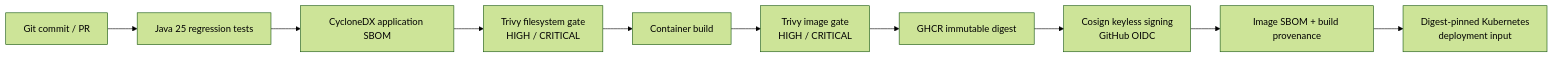
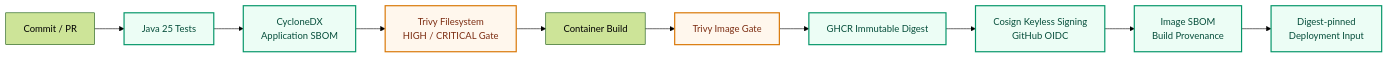
Before and after one commit to ravan-chuang/spring-boot-ecommerce-backend: the fourth of 4 diagrams in SpringBoot_Backend_Engineering_Summary.md, drawn with Mermaid (forest theme). The commit also changed other lines of this file and 2 other files, not shown here.

````diff
--- a/SpringBoot_Backend_Engineering_Summary.md
+++ b/SpringBoot_Backend_Engineering_Summary.md
@@ -260,12 +354,17 @@
 ```mermaid
 flowchart LR
-    Commit["Git commit / PR"] --> Verify["Java 25 regression tests"]
-    Verify --> AppSBOM["CycloneDX application SBOM"]
-    AppSBOM --> SourceGate["Trivy filesystem gate<br/>HIGH / CRITICAL"]
-    SourceGate --> Build["Container build"]
-    Build --> ImageGate["Trivy image gate<br/>HIGH / CRITICAL"]
-    ImageGate --> Digest["GHCR immutable digest"]
-    Digest --> Sign["Cosign keyless signing<br/>GitHub OIDC"]
-    Sign --> Evidence["Image SBOM + build provenance"]
-    Evidence --> Promote["Digest-pinned Kubernetes<br/>deployment input"]
+    Source["Commit / PR"] --> Test["Java 25 Tests"]
+    Test --> AppSBOM["CycloneDX<br/>Application SBOM"]
+    AppSBOM --> FSScan["Trivy Filesystem<br/>HIGH / CRITICAL Gate"]
+    FSScan --> Build["Container Build"]
+    Build --> ImageScan["Trivy Image Gate"]
+    ImageScan --> Digest["GHCR Immutable Digest"]
+    Digest --> Sign["Cosign Keyless Signing<br/>GitHub OIDC"]
+    Sign --> Evidence["Image SBOM<br/>Build Provenance"]
+    Evidence --> Promote["Digest-pinned<br/>Deployment Input"]
+
+    classDef verified fill:#ecfdf5,stroke:#059669,stroke-width:2px,color:#064e3b;
+    classDef gate fill:#fff7ed,stroke:#d97706,stroke-width:2px,color:#7c2d12;
+    class Test,AppSBOM,Digest,Sign,Evidence,Promote verified;
+    class FSScan,ImageScan gate;
 ```
````
